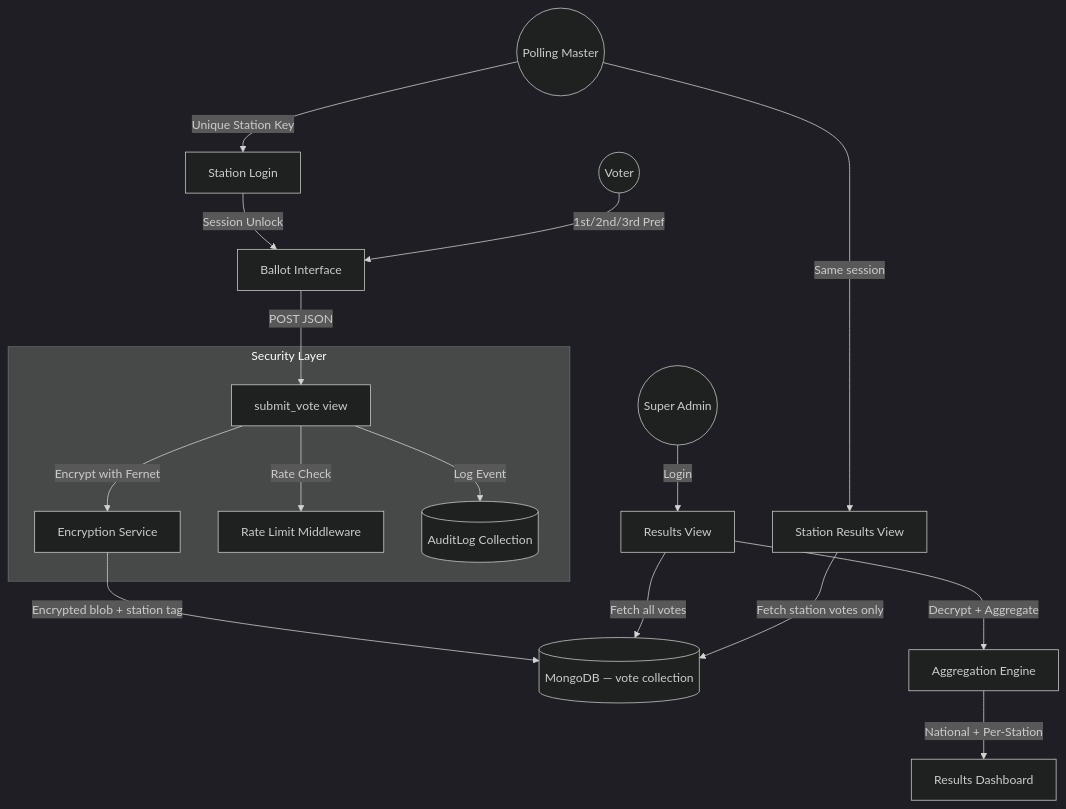
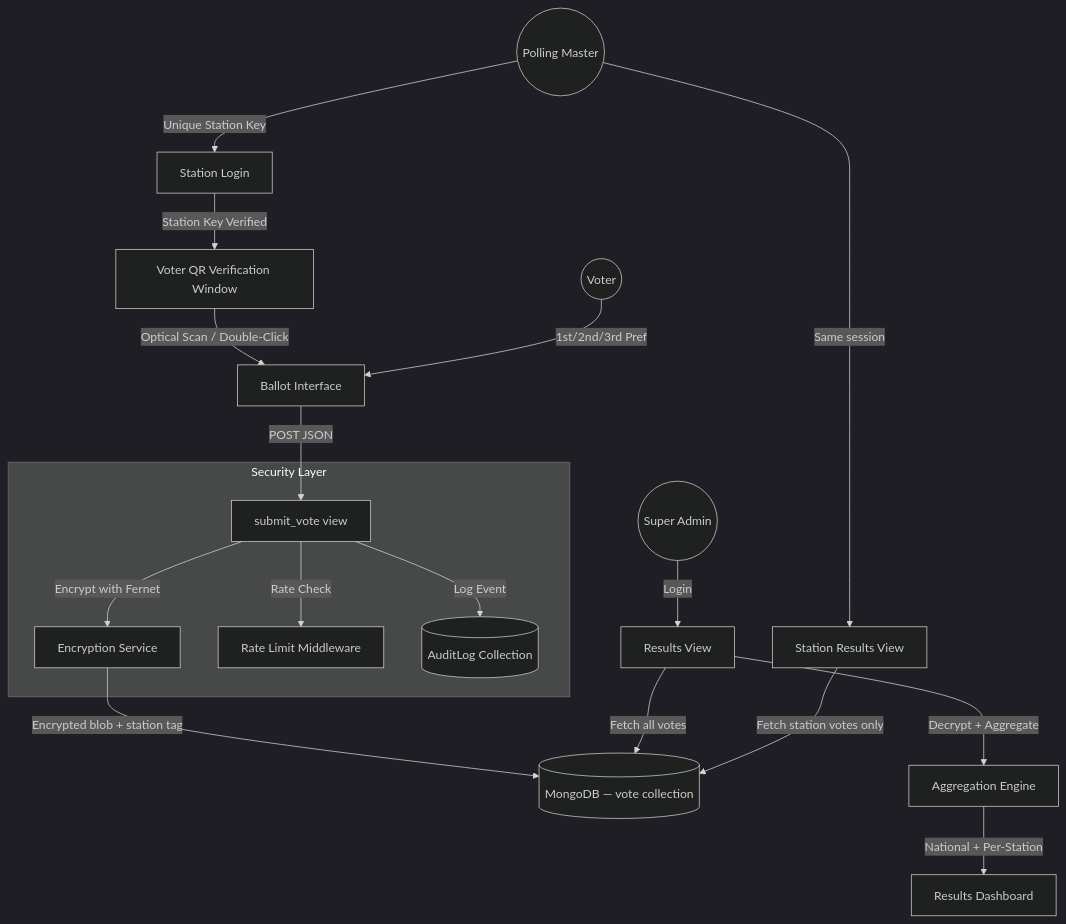
One commit to DevAyesh/Election-Management-System-Voting-management changed the diagram in PROJECT_REPORT.md. Above: the diagram before and after it, drawn with Mermaid (dark theme). The commit also changed other lines of this file and 12 other files, not shown here.

Commit message:
feat: add blockchain-based voting system with station results and verification views

````diff
--- a/PROJECT_REPORT.md
+++ b/PROJECT_REPORT.md
@@ -88,24 +100,25 @@
 ```mermaid
 graph TD
     PM((Polling Master)) -->|Unique Station Key| SL[Station Login]
-    SL -->|Session Unlock| BL[Ballot Interface]
+    SL -->|Station Key Verified| QR[Voter QR Verification Window]
+    QR -->|Optical Scan / Double-Click| BL[Ballot Interface]
 
     Voter((Voter)) -->|1st/2nd/3rd Pref| BL
     BL -->|POST JSON| SV[submit_vote view]
 
     subgraph "Security Layer"
         SV -->|Encrypt with Fernet| ENC[Encryption Service]
         SV -->|Rate Check| RL[Rate Limit Middleware]
         SV -->|Log Event| AL[(AuditLog Collection)]
     end
 
     ENC -->|Encrypted blob + station tag| DB[(MongoDB — vote collection)]
 
     Admin((Super Admin)) -->|Login| RV[Results View]
     RV -->|Fetch all votes| DB
     RV -->|Decrypt + Aggregate| AG[Aggregation Engine]
     AG -->|National + Per-Station| RD[Results Dashboard]
 
     PM -->|Same session| SR[Station Results View]
     SR -->|Fetch station votes only| DB
 ```
````
